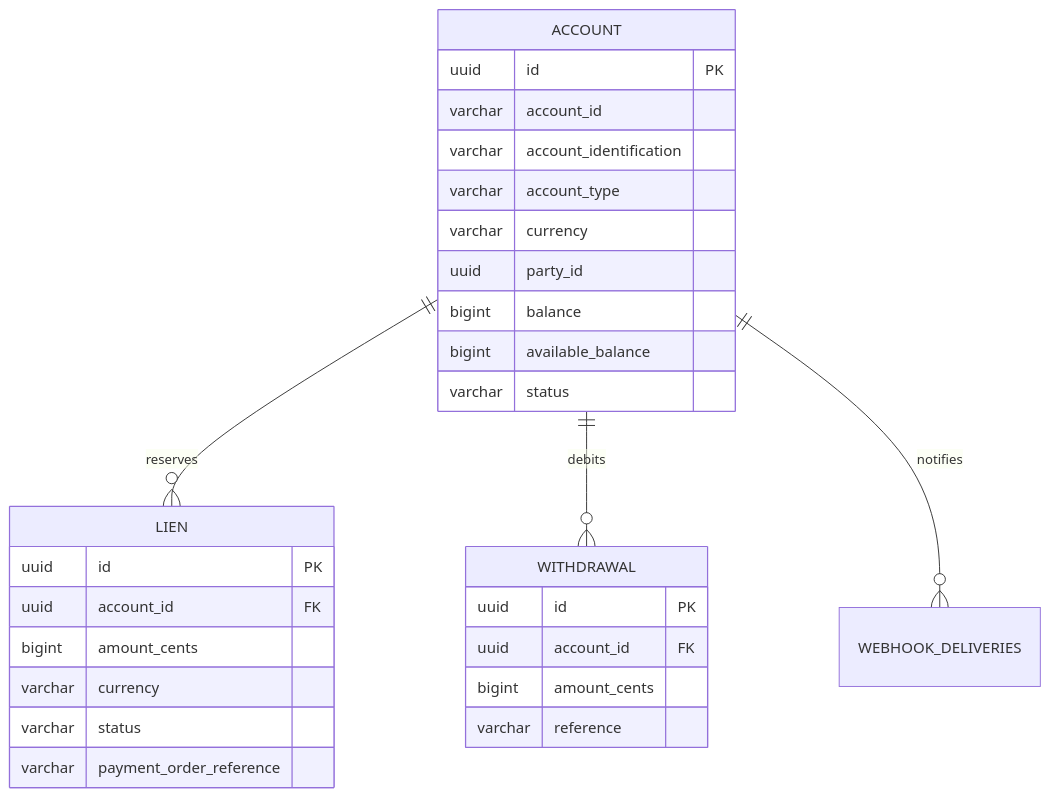
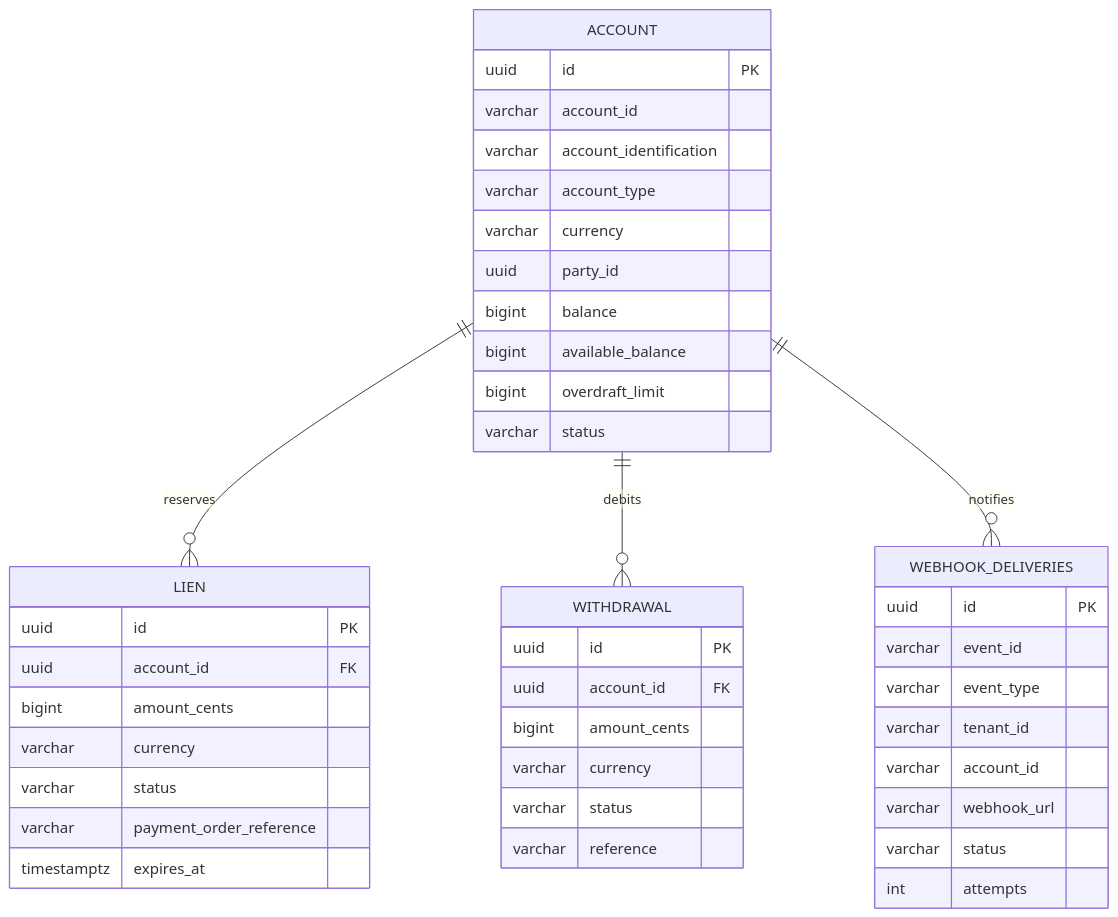
The fourth of 13 diagrams in docs/architecture/data-model.md (meridianhub/meridian), drawn with Mermaid before and after one commit. The commit also changed other lines of this file, not shown here.

First line of the commit message:
docs: Fill ER diagram attribute blocks with canonical schema

````diff
--- a/docs/architecture/data-model.md
+++ b/docs/architecture/data-model.md
@@ -353,31 +437,45 @@
 ```mermaid
 erDiagram
     ACCOUNT ||--o{ LIEN : reserves
     ACCOUNT ||--o{ WITHDRAWAL : debits
     ACCOUNT ||--o{ WEBHOOK_DELIVERIES : notifies
     ACCOUNT {
         uuid id PK
         varchar account_id
         varchar account_identification
         varchar account_type
         varchar currency
         uuid party_id
         bigint balance
         bigint available_balance
+        bigint overdraft_limit
         varchar status
     }
     LIEN {
         uuid id PK
         uuid account_id FK
         bigint amount_cents
         varchar currency
         varchar status
         varchar payment_order_reference
+        timestamptz expires_at
     }
     WITHDRAWAL {
         uuid id PK
         uuid account_id FK
         bigint amount_cents
+        varchar currency
+        varchar status
         varchar reference
     }
+    WEBHOOK_DELIVERIES {
+        uuid id PK
+        varchar event_id
+        varchar event_type
+        varchar tenant_id
+        varchar account_id
+        varchar webhook_url
+        varchar status
+        int attempts
+    }
 ```
````
